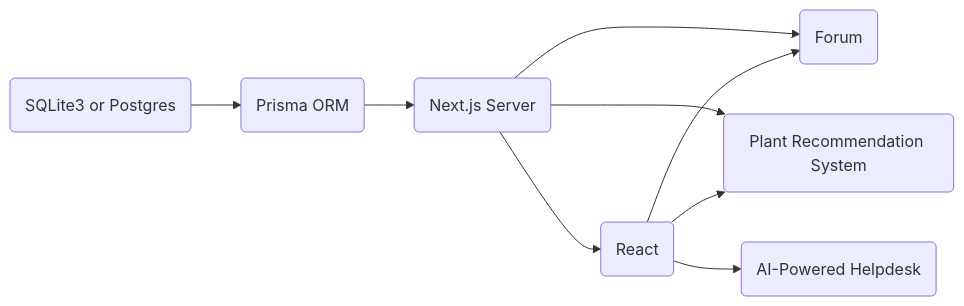
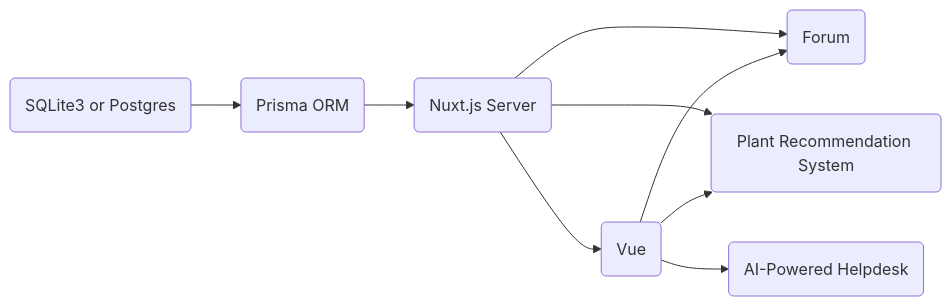
One commit to FegelSamuel/Agora-Bloom changed the second of 3 diagrams in README.md. Above: the diagram before and after it, drawn with Mermaid.

````diff
--- a/README.md
+++ b/README.md
@@ -15,19 +15,19 @@
 ```mermaid
 flowchart LR;
-  R(React)
+  R(Vue)
   P(Prisma ORM)
   S(SQLite3 or Postgres)
-  N(Next.js Server)
+  N(Nuxt.js Server)
   F(Forum)
   C(Plant Recommendation System)
   G(AI-Powered Helpdesk)
 
   N --> F
   N --> C
   R --> G
   R --> F
   R --> C
   N --> R
   P --> N
   S --> P
 ```
````
